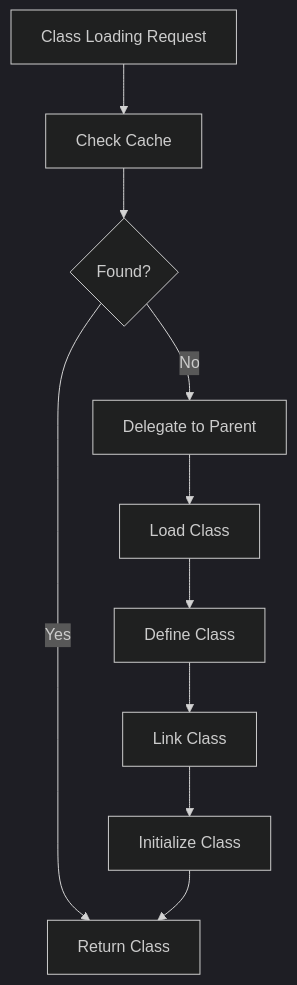
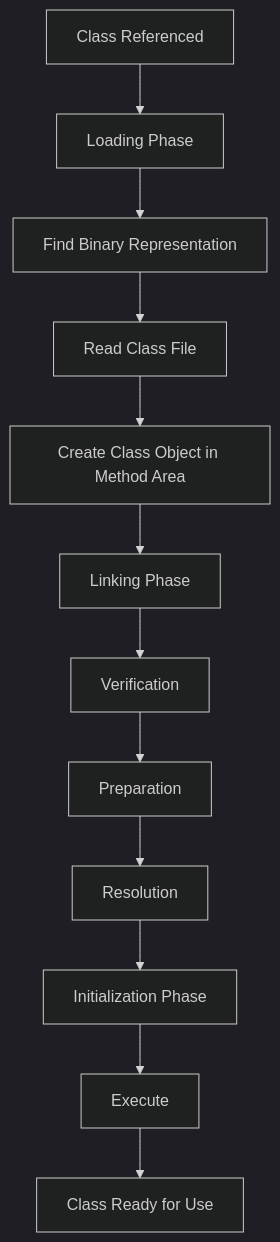
One commit to VrushankPatel/interview-matters changed the diagram in jvm-internals-class-loading/README.md. Above: the diagram before and after it, drawn with Mermaid (dark theme). The commit also changed other lines of this file and 2 other files, not shown here.

Commit message:
kb: add/update topics Java Fundamentals, OOP Principles in Java, JVM Internals & Class Loading, Garbage Collection Algorithms, Multithreading & Concurrency in Java

````diff
--- a/jvm-internals-class-loading/README.md
+++ b/jvm-internals-class-loading/README.md
@@ -33,12 +62,14 @@
 ```mermaid
 graph TD
-    A[Class Loading Request] --> B[Check Cache]
-    B --> C{Found?}
-    C -->|Yes| D[Return Class]
-    C -->|No| E[Delegate to Parent]
-    E --> F[Load Class]
-    F --> G[Define Class]
-    G --> H[Link Class]
-    H --> I[Initialize Class]
-    I --> D
+    A[Class Referenced] --> B[Loading Phase]
+    B --> C[Find Binary Representation]
+    C --> D[Read Class File]
+    D --> E[Create Class Object in Method Area]
+    E --> F[Linking Phase]
+    F --> G[Verification]
+    G --> H[Preparation]
+    H --> I[Resolution]
+    I --> J[Initialization Phase]
+    J --> K[Execute <clinit>]
+    K --> L[Class Ready for Use]
 ```
````
